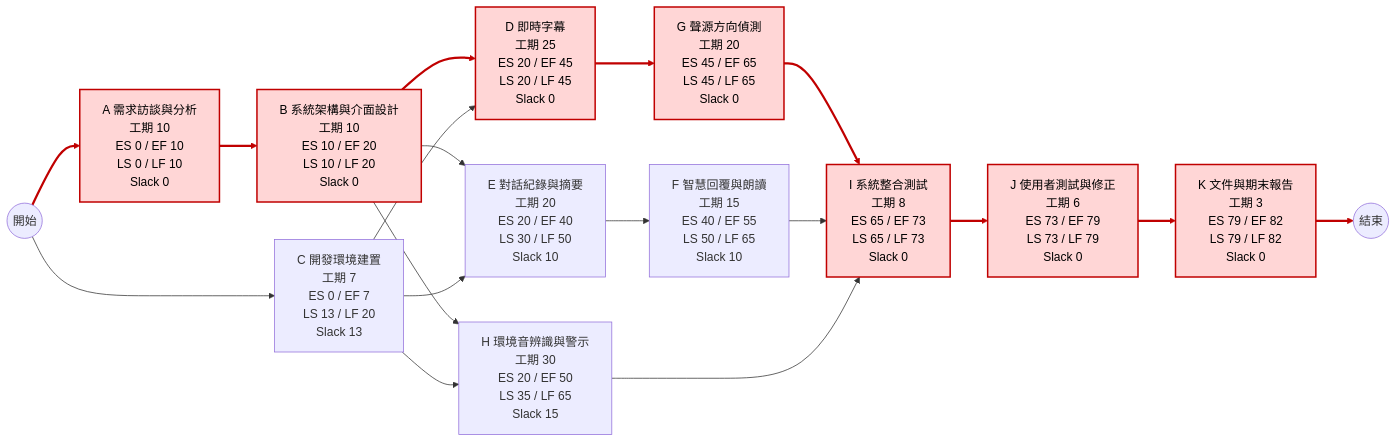
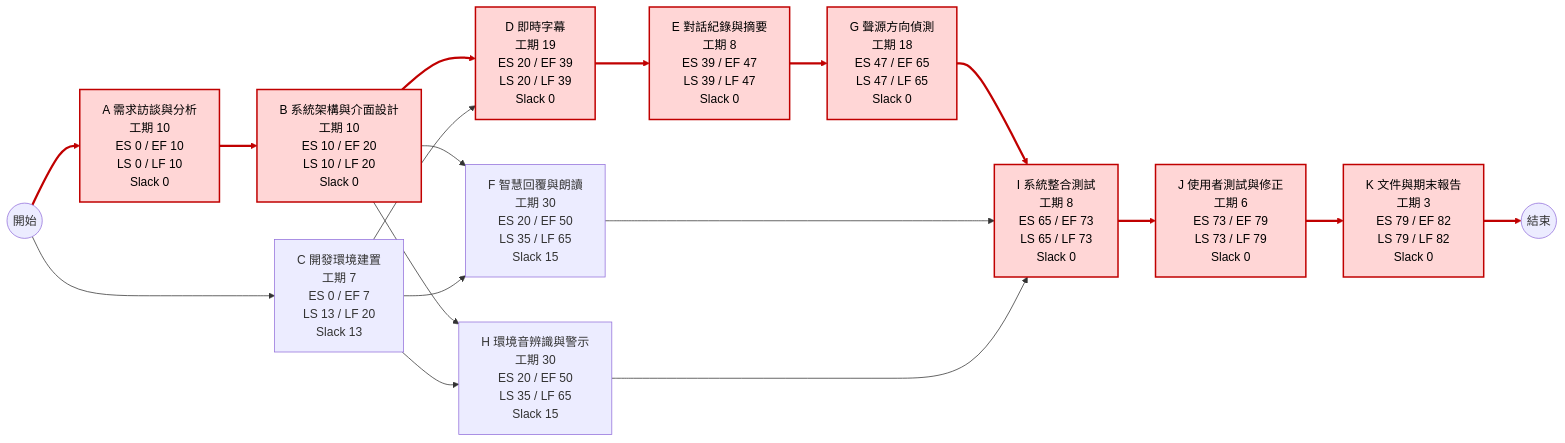
One commit to lilibin624/KaiYoBin_KYB changed the second of 2 diagrams in group_project2.md. Above: the diagram before and after it, drawn with Mermaid. The commit also changed other lines of this file and 1 other file, not shown here.

````diff
--- a/group_project2.md
+++ b/group_project2.md
@@ -66,33 +68,33 @@
 ```mermaid
 flowchart LR
     S((開始))
     A["A 需求訪談與分析<br>工期 10<br>ES 0 / EF 10<br>LS 0 / LF 10<br>Slack 0"]
     B["B 系統架構與介面設計<br>工期 10<br>ES 10 / EF 20<br>LS 10 / LF 20<br>Slack 0"]
     C["C 開發環境建置<br>工期 7<br>ES 0 / EF 7<br>LS 13 / LF 20<br>Slack 13"]
-    D["D 即時字幕<br>工期 25<br>ES 20 / EF 45<br>LS 20 / LF 45<br>Slack 0"]
-    E["E 對話紀錄與摘要<br>工期 20<br>ES 20 / EF 40<br>LS 30 / LF 50<br>Slack 10"]
-    F["F 智慧回覆與朗讀<br>工期 15<br>ES 40 / EF 55<br>LS 50 / LF 65<br>Slack 10"]
-    G["G 聲源方向偵測<br>工期 20<br>ES 45 / EF 65<br>LS 45 / LF 65<br>Slack 0"]
+    D["D 即時字幕<br>工期 19<br>ES 20 / EF 39<br>LS 20 / LF 39<br>Slack 0"]
+    E["E 對話紀錄與摘要<br>工期 8<br>ES 39 / EF 47<br>LS 39 / LF 47<br>Slack 0"]
+    F["F 智慧回覆與朗讀<br>工期 30<br>ES 20 / EF 50<br>LS 35 / LF 65<br>Slack 15"]
+    G["G 聲源方向偵測<br>工期 18<br>ES 47 / EF 65<br>LS 47 / LF 65<br>Slack 0"]
     H["H 環境音辨識與警示<br>工期 30<br>ES 20 / EF 50<br>LS 35 / LF 65<br>Slack 15"]
     I["I 系統整合測試<br>工期 8<br>ES 65 / EF 73<br>LS 65 / LF 73<br>Slack 0"]
     J["J 使用者測試與修正<br>工期 6<br>ES 73 / EF 79<br>LS 73 / LF 79<br>Slack 0"]
     K["K 文件與期末報告<br>工期 3<br>ES 79 / EF 82<br>LS 79 / LF 82<br>Slack 0"]
     T((結束))
 
     S --> A --> B
     S --> C
     B --> D
-    B --> E
+    B --> F
     B --> H
     C --> D
-    C --> E
+    C --> F
     C --> H
-    D --> G --> I
-    E --> F --> I
+    D --> E --> G --> I
+    F --> I
     H --> I
     I --> J --> K --> T
 
     classDef crit fill:#ffd6d6,stroke:#c00000,stroke-width:2px,color:#000
-    class A,B,D,G,I,J,K crit
-    linkStyle 0,1,3,9,10,14,15,16 stroke:#c00000,stroke-width:3px
+    class A,B,D,E,G,I,J,K crit
+    linkStyle 0,1,3,9,10,11,14,15,16 stroke:#c00000,stroke-width:3px
 ```
````
